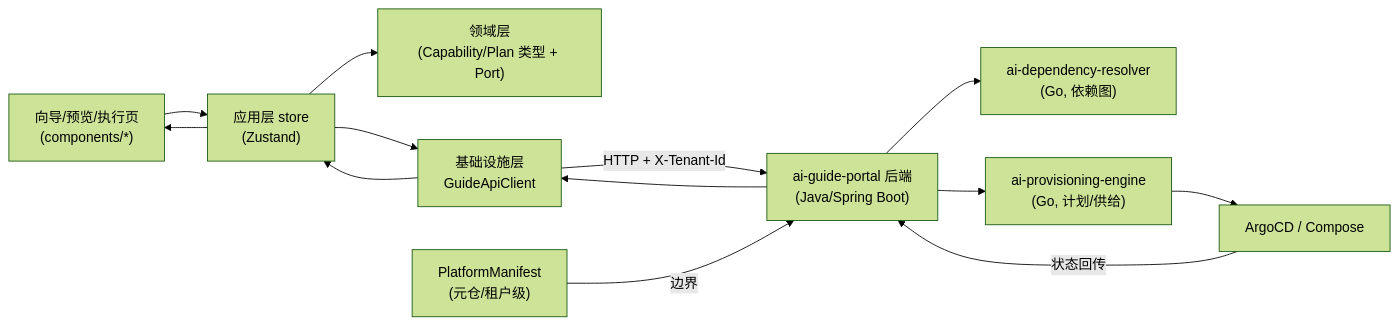
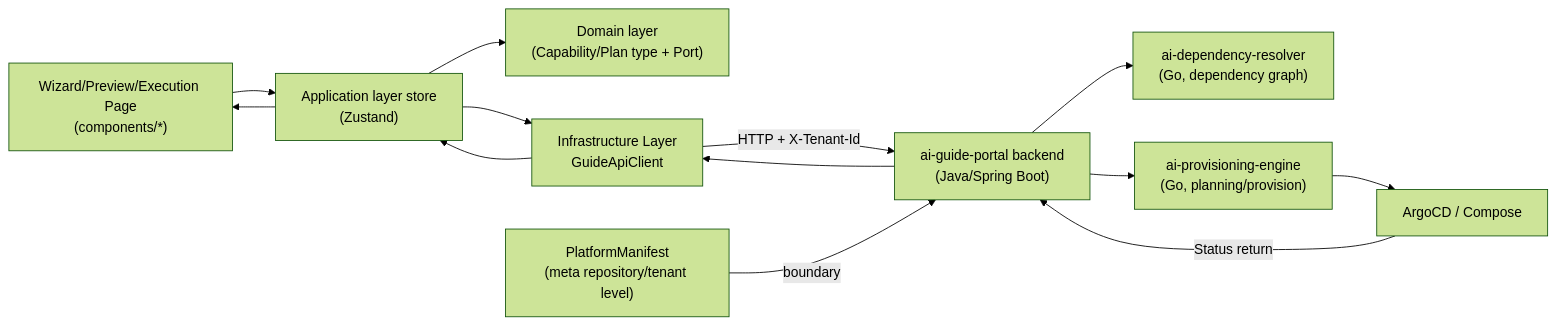
One commit to open-strata-ai/ai-guide-portal changed the first of 3 diagrams in design/DESIGN.md. Above: the diagram before and after it, drawn with Mermaid (forest theme). The commit also changed other lines of this file and 10 other files, not shown here.

````diff
--- a/design/DESIGN.md
+++ b/design/DESIGN.md
@@ -72,12 +72,12 @@
 ```mermaid
 flowchart LR
-    UI["向导/预览/执行页<br/>(components/*)"] --> ST["应用层 store<br/>(Zustand)"]
-    ST --> DOM["领域层<br/>(Capability/Plan 类型 + Port)"]
-    ST --> INF["基础设施层<br/>GuideApiClient"]
-    INF -->|"HTTP + X-Tenant-Id"| BE["ai-guide-portal 后端<br/>(Java/Spring Boot)"]
-    BE --> DR["ai-dependency-resolver<br/>(Go, 依赖图)"]
-    BE --> PE["ai-provisioning-engine<br/>(Go, 计划/供给)"]
+    UI["Wizard/Preview/Execution Page<br/>(components/*)"] --> ST["Application layer store<br/>(Zustand)"]
+    ST --> DOM["Domain layer<br/>(Capability/Plan type + Port)"]
+    ST --> INF["Infrastructure Layer<br/>GuideApiClient"]
+    INF -->|"HTTP + X-Tenant-Id"| BE["ai-guide-portal backend<br/>(Java/Spring Boot)"]
+    BE --> DR["ai-dependency-resolver<br/>(Go, dependency graph)"]
+    BE --> PE["ai-provisioning-engine<br/>(Go, planning/provision)"]
     PE --> CD["ArgoCD / Compose"]
-    CD -->|"状态回传"| BE --> INF --> ST --> UI
-    MANI["PlatformManifest<br/>(元仓/租户级)"] -->|"边界"| BE
+    CD -->|"Status return"| BE --> INF --> ST --> UI
+    MANI["PlatformManifest<br/>(meta repository/tenant level)"] -->|"boundary"| BE
 ```
````
